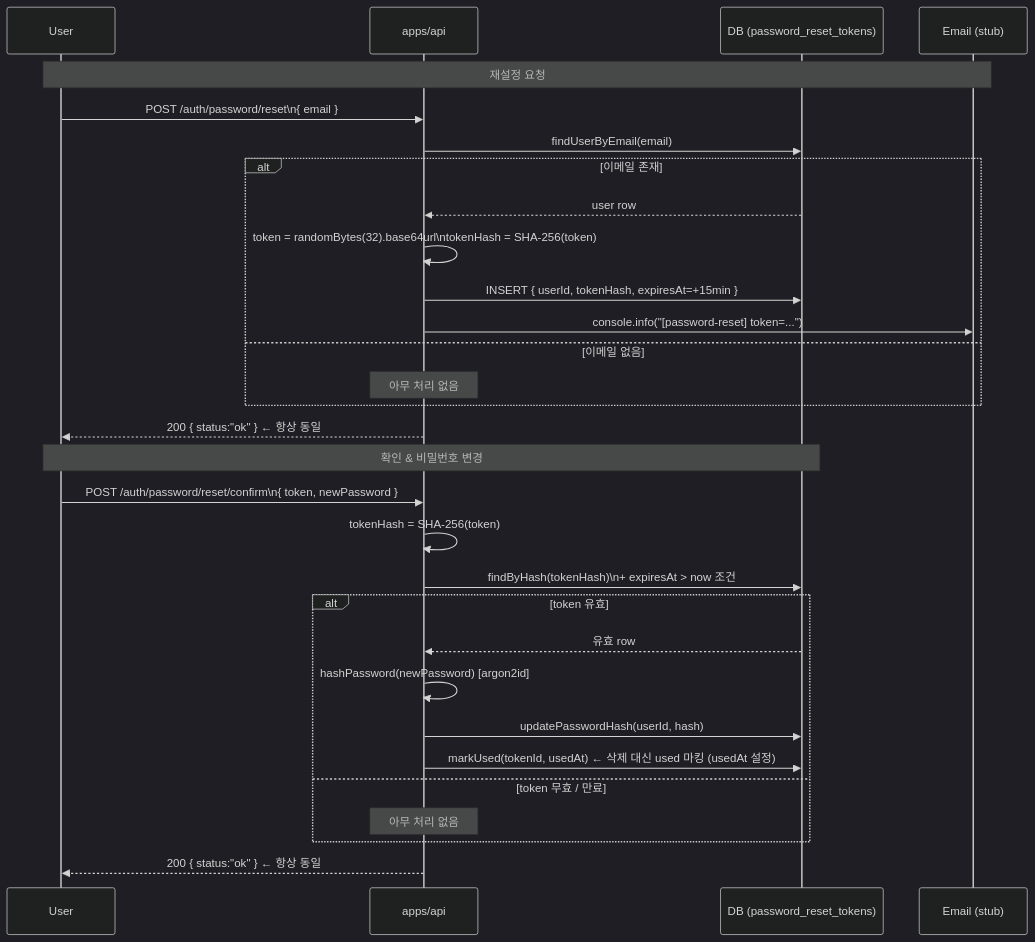
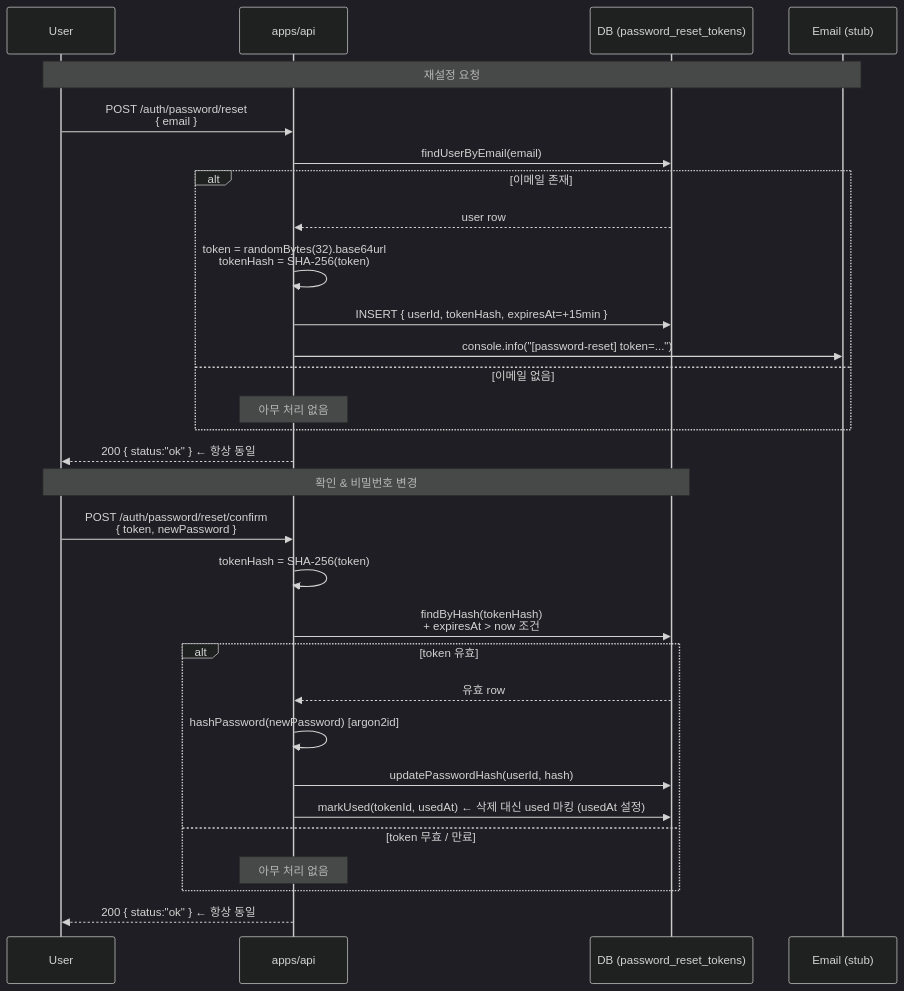
Before and after one commit to Changsik00/service-foundry: the diagram in docs/explainers/auth/password-reset-flow.md, drawn with Mermaid (dark theme). The commit also changed 22 other files, not shown here.

Commit message:
docs(phase-14): fix mermaid literal \n → <br/> + docs-lint mermaid check

````diff
--- a/docs/explainers/auth/password-reset-flow.md
+++ b/docs/explainers/auth/password-reset-flow.md
@@ -18,34 +18,34 @@
 ```mermaid
 sequenceDiagram
     participant U as User
     participant API as apps/api
     participant DB as DB (password_reset_tokens)
     participant Email as Email (stub)
 
     Note over U,Email: 재설정 요청
-    U->>API: POST /auth/password/reset\n{ email }
+    U->>API: POST /auth/password/reset<br/>{ email }
     API->>DB: findUserByEmail(email)
     alt 이메일 존재
         DB-->>API: user row
-        API->>API: token = randomBytes(32).base64url\ntokenHash = SHA-256(token)
+        API->>API: token = randomBytes(32).base64url<br/>tokenHash = SHA-256(token)
         API->>DB: INSERT { userId, tokenHash, expiresAt=+15min }
         API->>Email: console.info("[password-reset] token=...")
     else 이메일 없음
         Note over API: 아무 처리 없음
     end
     API-->>U: 200 { status:"ok" }  ← 항상 동일
 
     Note over U,DB: 확인 & 비밀번호 변경
-    U->>API: POST /auth/password/reset/confirm\n{ token, newPassword }
+    U->>API: POST /auth/password/reset/confirm<br/>{ token, newPassword }
     API->>API: tokenHash = SHA-256(token)
-    API->>DB: findByHash(tokenHash)\n+ expiresAt > now 조건
+    API->>DB: findByHash(tokenHash)<br/>+ expiresAt > now 조건
     alt token 유효
         DB-->>API: 유효 row
         API->>API: hashPassword(newPassword) [argon2id]
         API->>DB: updatePasswordHash(userId, hash)
         API->>DB: markUsed(tokenId, usedAt)  ← 삭제 대신 used 마킹 (usedAt 설정)
     else token 무효 / 만료
         Note over API: 아무 처리 없음
     end
     API-->>U: 200 { status:"ok" }  ← 항상 동일
 ```
````
